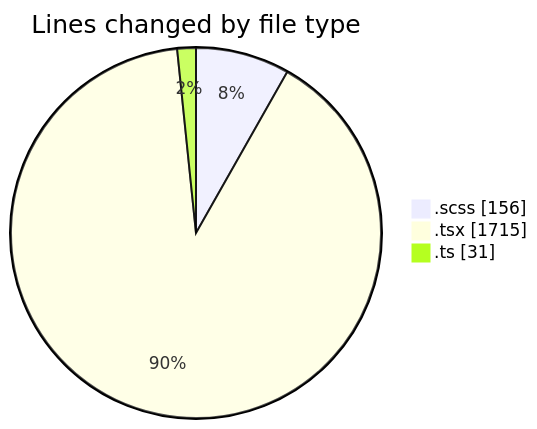
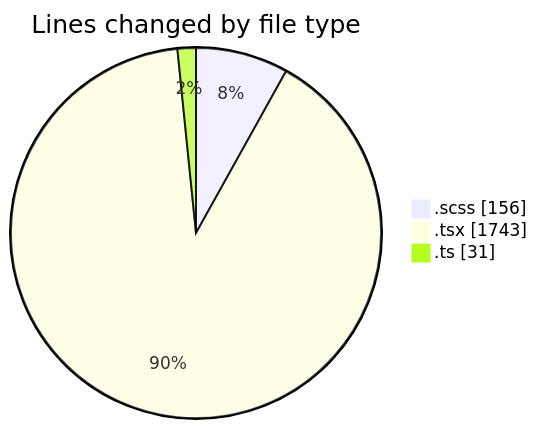
The first of 2 diagrams in 2025-02-10/cda/README.md (momahboobian/code-tracking), drawn with Mermaid before and after one commit. The commit also changed other lines of this file and 1 other file, not shown here.

````diff
--- a/2025-02-10/cda/README.md
+++ b/2025-02-10/cda/README.md
@@ -25,7 +25,7 @@
 ```mermaid
 pie showData
 title Lines changed by file type
 ".scss" : 156
-".tsx" : 1715
+".tsx" : 1743
 ".ts" : 31
 ```
````
